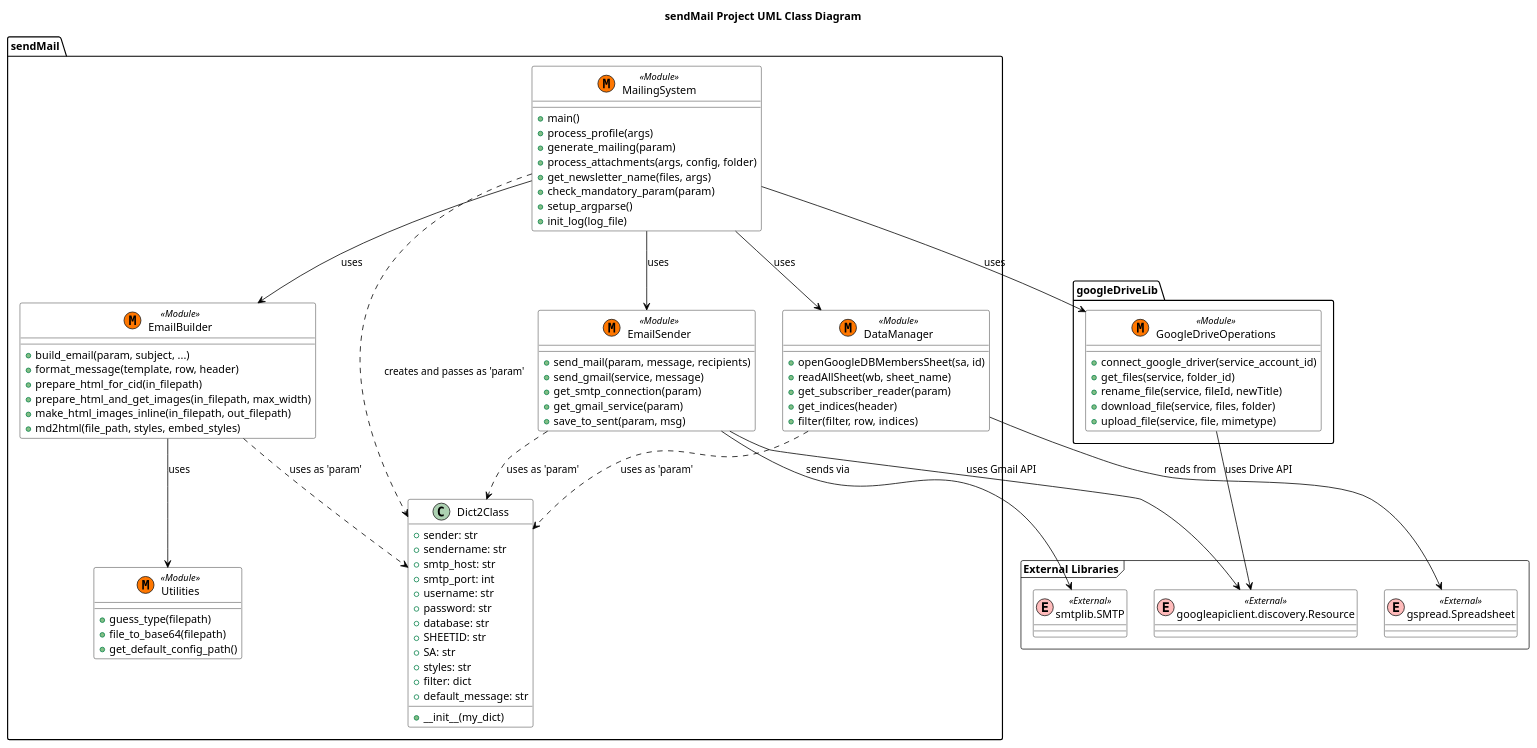
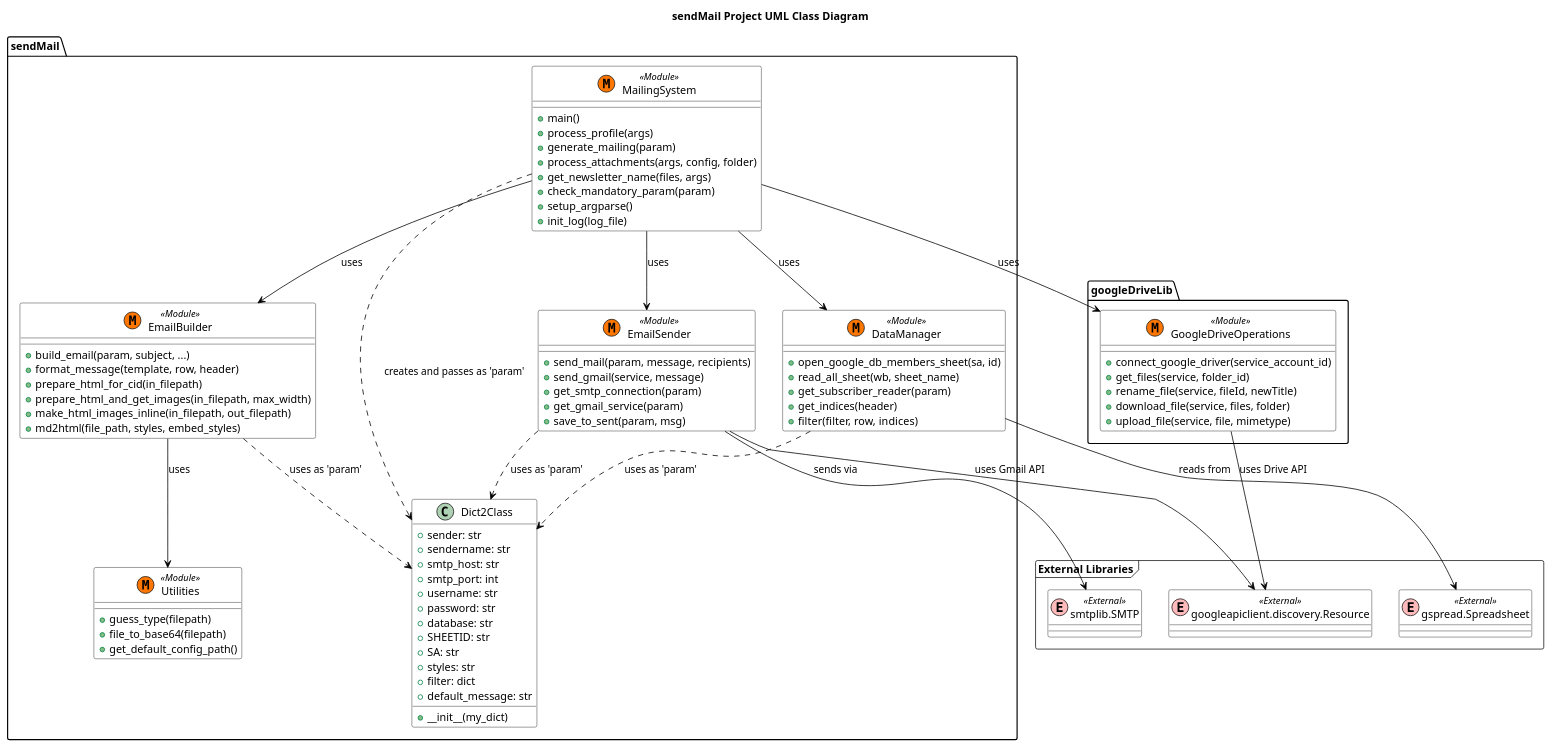
One commit to xmayeur/mailing changed the diagram in docs/architecture.puml. Above: the diagram before and after it, drawn with PlantUML. The commit also changed 8 other files, not shown here.

Commit message:
Refactor function and variable names to follow snake_case convention across `sendMail` and related modules. Includes updates to affected tests, docs, and architecture diagrams.

```diff
--- a/docs/architecture.puml
+++ b/docs/architecture.puml
@@ -1,104 +1,104 @@
 @startuml
 title sendMail Project UML Class Diagram
 
 skinparam class {
     BackgroundColor White
     ArrowColor Black
     BorderColor Black
 }
 
 package "sendMail" {
     class MailingSystem << (M,#FF7700) Module >> {
         +main()
         +process_profile(args)
         +generate_mailing(param)
         +process_attachments(args, config, folder)
         +get_newsletter_name(files, args)
         +check_mandatory_param(param)
         +setup_argparse()
         +init_log(log_file)
     }
 
     class EmailBuilder << (M,#FF7700) Module >> {
         +build_email(param, subject, ...)
         +format_message(template, row, header)
         +prepare_html_for_cid(in_filepath)
         +prepare_html_and_get_images(in_filepath, max_width)
         +make_html_images_inline(in_filepath, out_filepath)
         +md2html(file_path, styles, embed_styles)
     }
 
     class EmailSender << (M,#FF7700) Module >> {
         +send_mail(param, message, recipients)
         +send_gmail(service, message)
         +get_smtp_connection(param)
         +get_gmail_service(param)
         +save_to_sent(param, msg)
     }
 
     class DataManager << (M,#FF7700) Module >> {
-        +openGoogleDBMembersSheet(sa, id)
-        +readAllSheet(wb, sheet_name)
+        +open_google_db_members_sheet(sa, id)
+        +read_all_sheet(wb, sheet_name)
         +get_subscriber_reader(param)
         +get_indices(header)
         +filter(filter, row, indices)
     }
 
     class Utilities << (M,#FF7700) Module >> {
         +guess_type(filepath)
         +file_to_base64(filepath)
         +get_default_config_path()
     }
 
     class Dict2Class {
         +sender: str
         +sendername: str
         +smtp_host: str
         +smtp_port: int
         +username: str
         +password: str
         +database: str
         +SHEETID: str
         +SA: str
         +styles: str
         +filter: dict
         +default_message: str
         +__init__(my_dict)
     }
 }
 
 package "googleDriveLib" {
     class GoogleDriveOperations << (M,#FF7700) Module >> {
         +connect_google_driver(service_account_id)
         +get_files(service, folder_id)
         +rename_file(service, fileId, newTitle)
         +download_file(service, files, folder)
         +upload_file(service, file, mimetype)
     }
 }
 
 ' Relationships
 MailingSystem --> EmailBuilder : uses
 MailingSystem --> EmailSender : uses
 MailingSystem --> DataManager : uses
 MailingSystem --> GoogleDriveOperations : uses
 MailingSystem ..> Dict2Class : creates and passes as 'param'
 
 EmailBuilder ..> Dict2Class : uses as 'param'
 EmailSender ..> Dict2Class : uses as 'param'
 DataManager ..> Dict2Class : uses as 'param'
 EmailBuilder --> Utilities : uses
 
 ' External Dependencies (Conceptual)
 package "External Libraries" <<Frame>> {
     class "smtplib.SMTP" as SMTP << (E,#FFBBBB) External >>
     class "googleapiclient.discovery.Resource" as GoogleService << (E,#FFBBBB) External >>
     class "gspread.Spreadsheet" as GSpreadsheet << (E,#FFBBBB) External >>
 }
 
 EmailSender --> SMTP : sends via
 EmailSender --> GoogleService : uses Gmail API
 DataManager --> GSpreadsheet : reads from
 GoogleDriveOperations --> GoogleService : uses Drive API
 
 @enduml
```
